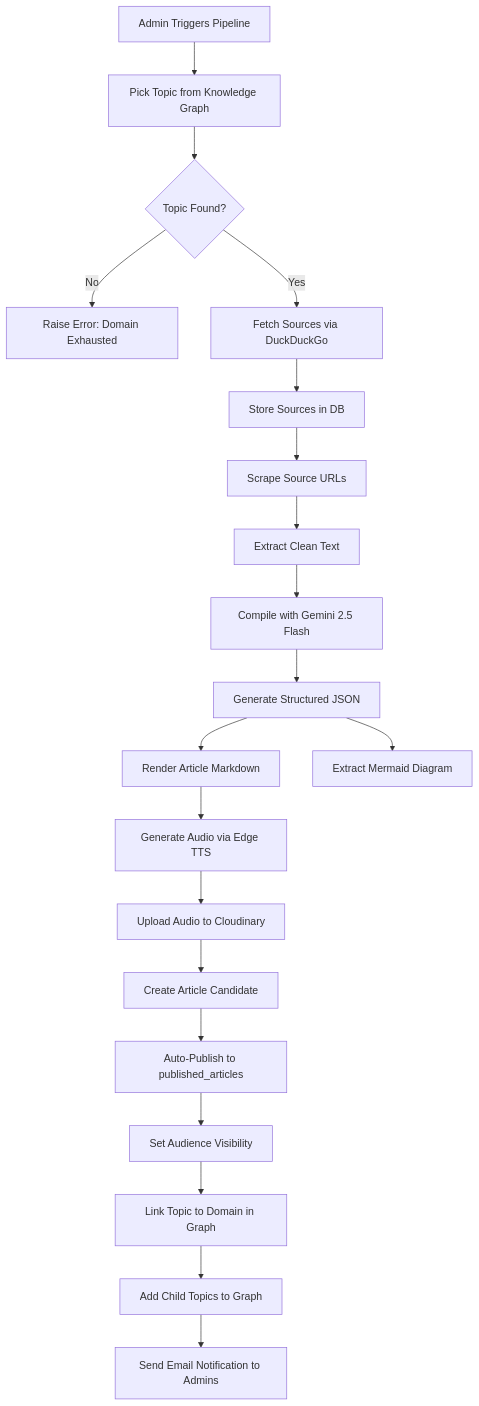
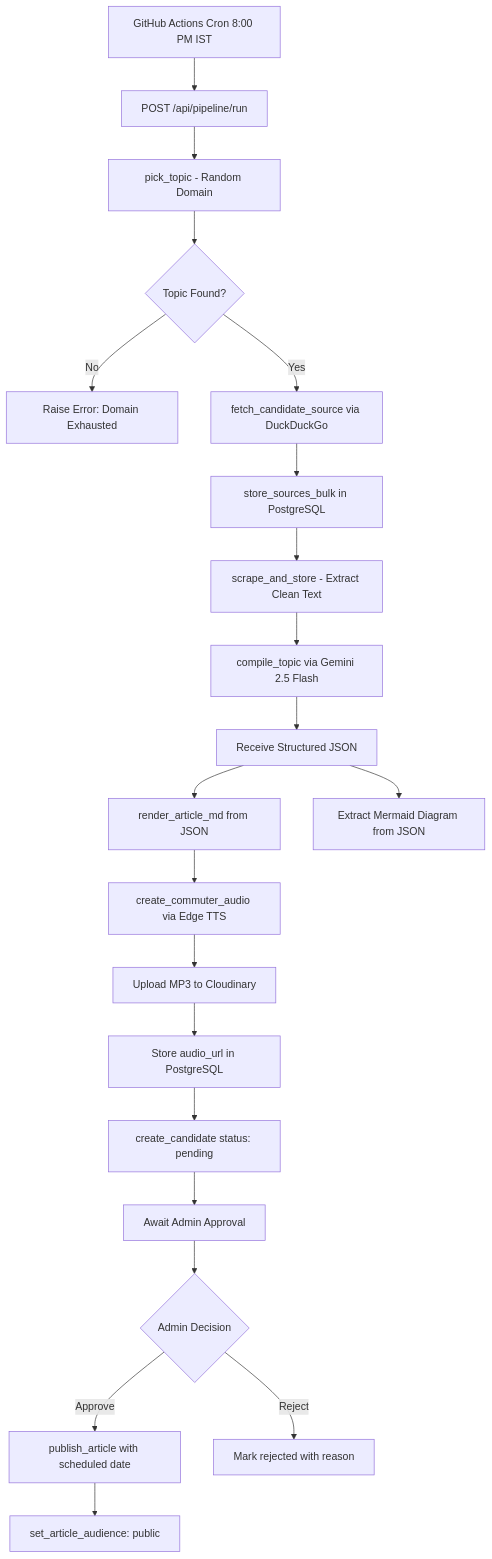
One commit to pradnyeshbhalekar/looplearn-fe changed the fourth of 11 diagrams in frontend_blackbook.md. Above: the diagram before and after it, drawn with Mermaid. The commit also changed other lines of this file, not shown here.

````diff
--- a/frontend_blackbook.md
+++ b/frontend_blackbook.md
@@ -355,22 +369,23 @@
 ```mermaid
 flowchart TD
-    A["Admin Triggers Pipeline"] --> B["Pick Topic from Knowledge Graph"]
-    B --> C{"Topic Found?"}
-    C -- No --> D["Raise Error: Domain Exhausted"]
-    C -- Yes --> E["Fetch Sources via DuckDuckGo"]
-    E --> F["Store Sources in DB"]
-    F --> G["Scrape Source URLs"]
-    G --> H["Extract Clean Text"]
-    H --> I["Compile with Gemini 2.5 Flash"]
-    I --> J["Generate Structured JSON"]
-    J --> K["Render Article Markdown"]
-    J --> L["Extract Mermaid Diagram"]
-    K --> M["Generate Audio via Edge TTS"]
-    M --> N["Upload Audio to Cloudinary"]
-    N --> O["Create Article Candidate"]
-    O --> P["Auto-Publish to published_articles"]
-    P --> Q["Set Audience Visibility"]
-    Q --> R["Link Topic to Domain in Graph"]
-    R --> S["Add Child Topics to Graph"]
-    S --> T["Send Email Notification to Admins"]
+    A["GitHub Actions Cron 8:00 PM IST"] --> B["POST /api/pipeline/run"]
+    B --> C["pick_topic - Random Domain"]
+    C --> D{"Topic Found?"}
+    D -- No --> E["Raise Error: Domain Exhausted"]
+    D -- Yes --> F["fetch_candidate_source via DuckDuckGo"]
+    F --> G["store_sources_bulk in PostgreSQL"]
+    G --> H["scrape_and_store - Extract Clean Text"]
+    H --> I["compile_topic via Gemini 2.5 Flash"]
+    I --> J["Receive Structured JSON"]
+    J --> K["render_article_md from JSON"]
+    J --> L["Extract Mermaid Diagram from JSON"]
+    K --> M["create_commuter_audio via Edge TTS"]
+    M --> N["Upload MP3 to Cloudinary"]
+    N --> O["Store audio_url in PostgreSQL"]
+    O --> P["create_candidate status: pending"]
+    P --> Q["Await Admin Approval"]
+    Q --> R{"Admin Decision"}
+    R -- Approve --> S["publish_article with scheduled date"]
+    S --> T["set_article_audience: public"]
+    R -- Reject --> U["Mark rejected with reason"]
 ```
````
